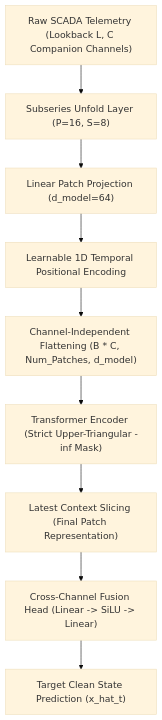
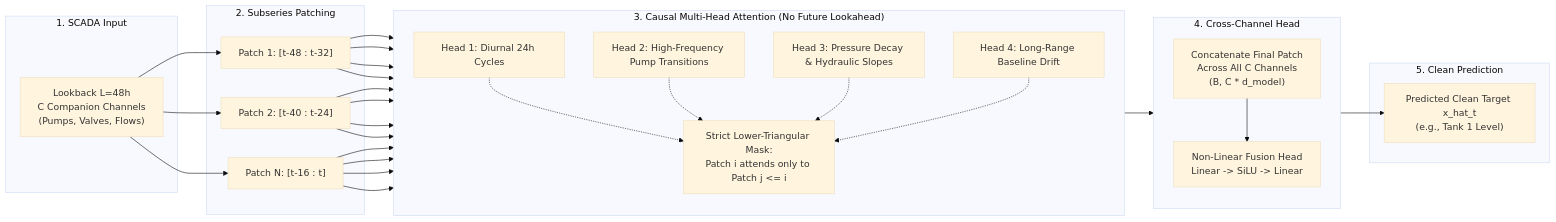
Before and after one commit to AdityaHegde712/Agentic-Cybersecurity-Lab: the second of 2 diagrams in docs/architecture/CAUSAL_PATCH_TST_ARCHITECTURE.md, drawn with Mermaid (base theme). The commit also changed other lines of this file and 6 other files, not shown here.

````diff
--- a/docs/architecture/CAUSAL_PATCH_TST_ARCHITECTURE.md
+++ b/docs/architecture/CAUSAL_PATCH_TST_ARCHITECTURE.md
@@ -28,11 +68,36 @@
 ```mermaid
-flowchart TD
-    A["Raw SCADA Telemetry (Lookback L, C Companion Channels)"] --> B["Subseries Unfold Layer (P=16, S=8)"]
-    B --> C["Linear Patch Projection (d_model=64)"]
-    C --> D["Learnable 1D Temporal Positional Encoding"]
-    D --> E["Channel-Independent Flattening (B * C, Num_Patches, d_model)"]
-    E --> F["Transformer Encoder (Strict Upper-Triangular -inf Mask)"]
-    F --> G["Latest Context Slicing (Final Patch Representation)"]
-    G --> H["Cross-Channel Fusion Head (Linear -> SiLU -> Linear)"]
-    H --> I["Target Clean State Prediction (x_hat_t)"]
+flowchart LR
+    subgraph Input["1. SCADA Input"]
+        IN["Lookback L=48h\nC Companion Channels\n(Pumps, Valves, Flows)"]
+    end
+
+    subgraph Patching["2. Subseries Patching"]
+        P1["Patch 1: [t-48 : t-32]"]
+        P2["Patch 2: [t-40 : t-24]"]
+        PN["Patch N: [t-16 : t]"]
+        IN --> P1 & P2 & PN
+    end
+
+    subgraph Attention["3. Causal Multi-Head Attention (No Future Lookahead)"]
+        direction TB
+        H1["Head 1: Diurnal 24h Cycles"]
+        H2["Head 2: High-Frequency Pump Transitions"]
+        H3["Head 3: Pressure Decay & Hydraulic Slopes"]
+        H4["Head 4: Long-Range Baseline Drift"]
+        MASK["Strict Lower-Triangular Mask:\nPatch i attends only to Patch j <= i"]
+        P1 & P2 & PN --> H1 & H2 & H3 & H4
+        H1 & H2 & H3 & H4 -.-> MASK
+    end
+
+    subgraph Fusion["4. Cross-Channel Head"]
+        direction TB
+        CONCAT["Concatenate Final Patch\nAcross All C Channels\n(B, C * d_model)"]
+        MLP["Non-Linear Fusion Head\nLinear -> SiLU -> Linear"]
+        MASK --> CONCAT --> MLP
+    end
+
+    subgraph Output["5. Clean Prediction"]
+        OUT["Predicted Clean Target x_hat_t\n(e.g., Tank 1 Level)"]
+        MLP --> OUT
+    end
 ```
````
